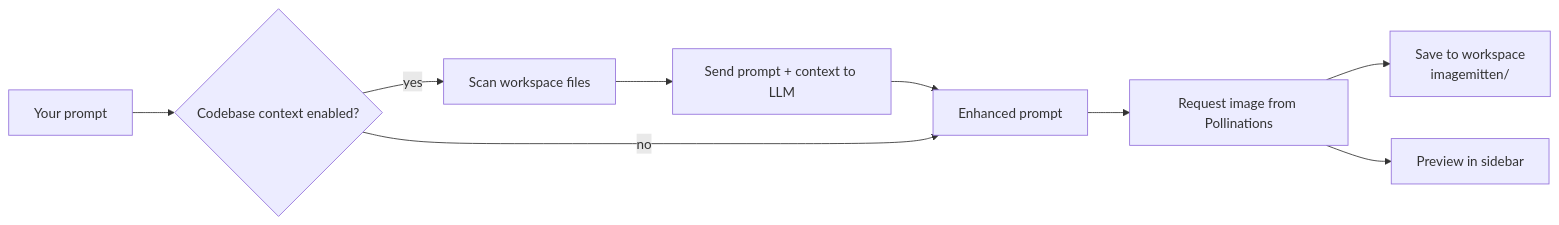
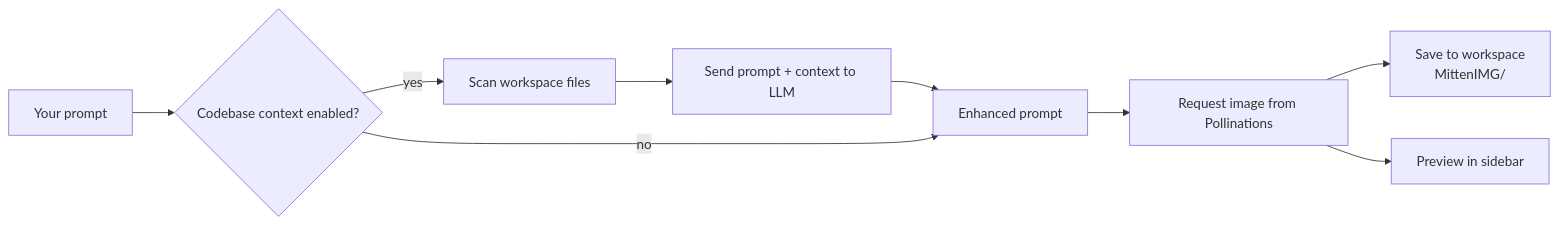
One commit to TechMitten/MittenIMG changed the diagram in README.md. Above: the diagram before and after it, drawn with Mermaid. The commit also changed other lines of this file and 1 other file, not shown here.

````diff
--- a/README.md
+++ b/README.md
@@ -68,11 +68,11 @@
 ```mermaid
 flowchart LR
     A[Your prompt] --> B{Codebase context enabled?}
     B -- yes --> C[Scan workspace files]
     C --> D[Send prompt + context to LLM]
     D --> E[Enhanced prompt]
     B -- no --> E
     E --> F[Request image from Pollinations]
-    F --> G[Save to workspace<br/>imagemitten/]
+    F --> G[Save to workspace<br/>MittenIMG/]
     F --> H[Preview in sidebar]
 ```
````
